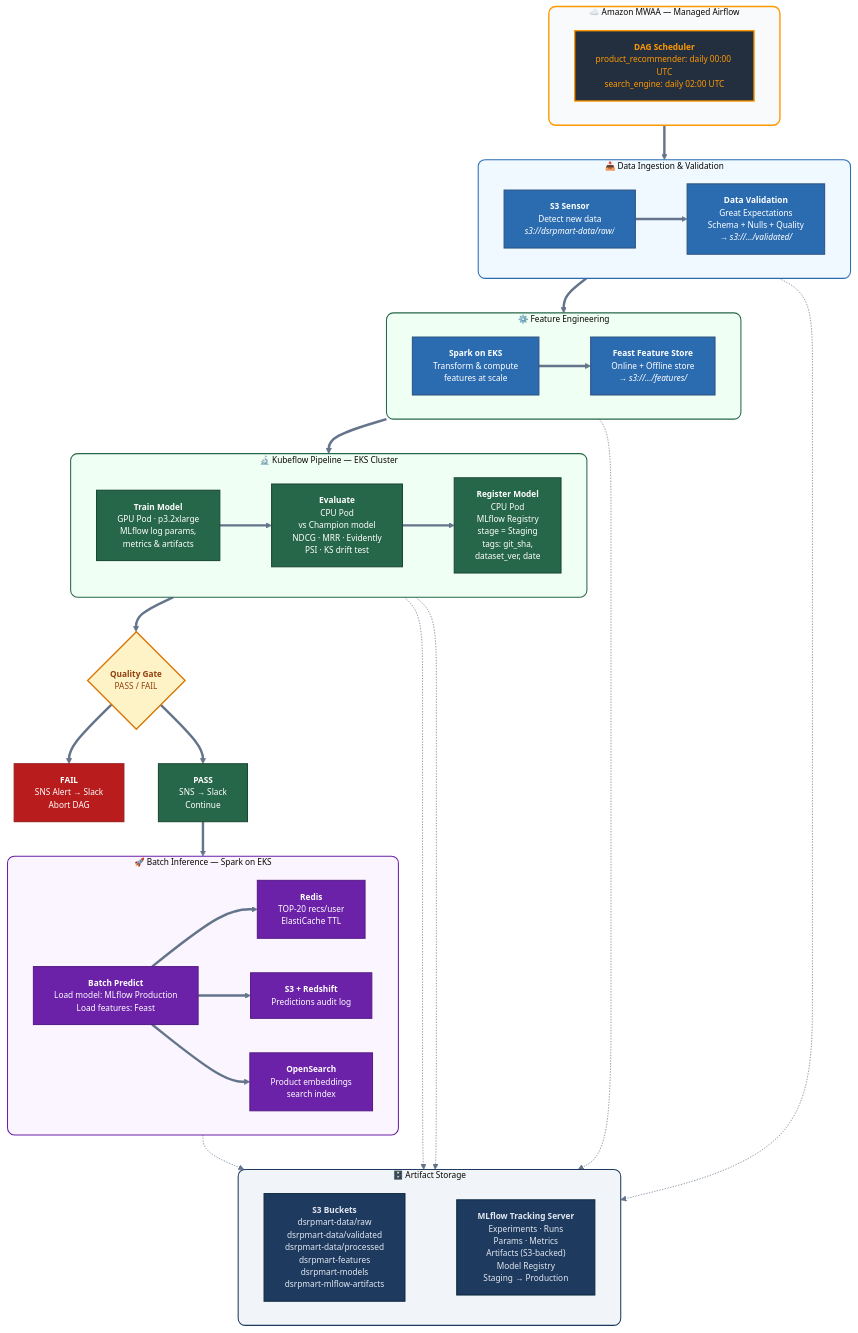
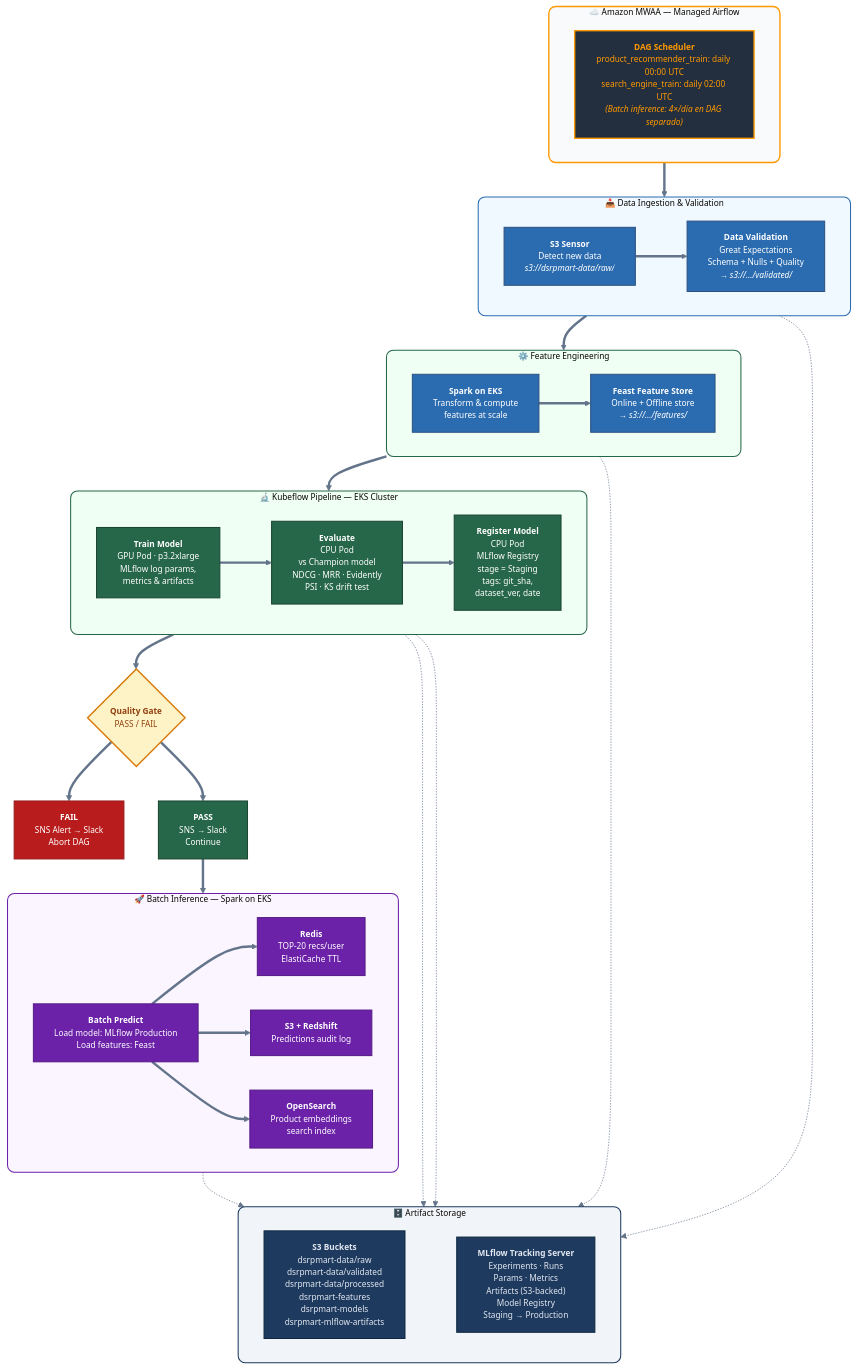
Diagram 11 of 15 in Proyecto_Final_MLE4.md (abantodca/Proyecto_Final), drawn with Mermaid before and after one commit. The commit also changed other lines of this file, not shown here.

```diff
--- a/Proyecto_Final_MLE4.md
+++ b/Proyecto_Final_MLE4.md
@@ -1507,7 +1507,7 @@
     %% ── MWAA Scheduler ──────────────────────────────────────────────
     subgraph MWAA["☁️ Amazon MWAA — Managed Airflow"]
         direction LR
-        SCHED["<b>DAG Scheduler</b><br/>product_recommender: daily 00:00 UTC<br/>search_engine: daily 02:00 UTC"]
+        SCHED["<b>DAG Scheduler</b><br/>product_recommender_train: daily 00:00 UTC<br/>search_engine_train: daily 02:00 UTC<br/><i>(Batch inference: 4×/día en DAG separado)</i>"]
     end
 
     %% ── Data Ingestion & Validation ─────────────────────────────────
```
